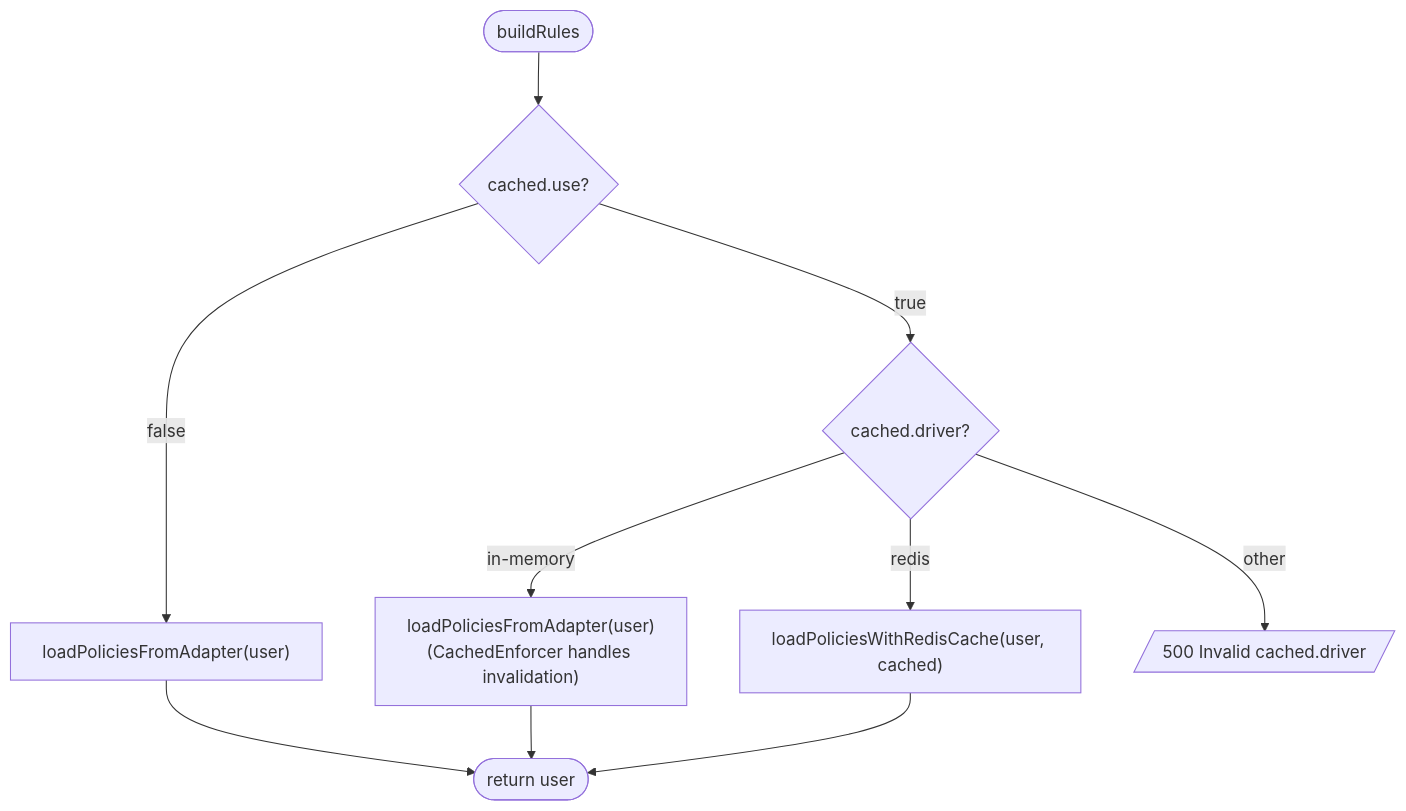
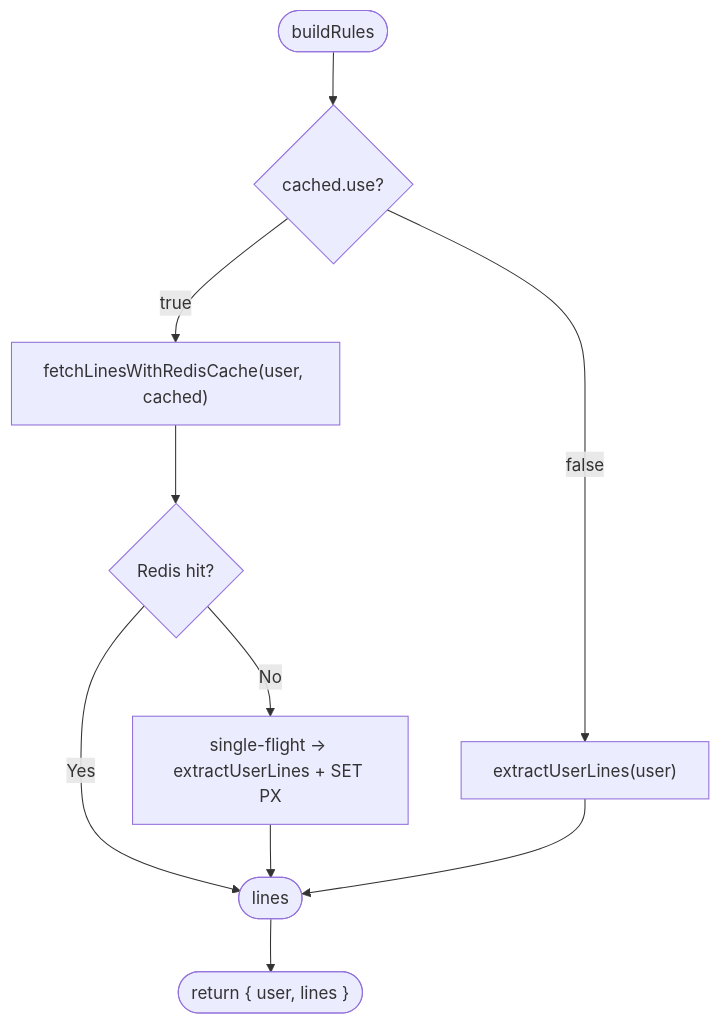
Before and after one commit to VENIZIA-AI/ignis: the fourth of 6 diagrams in packages/docs/wiki/extensions/components/authorization/api.md, drawn with Mermaid. The commit also changed other lines of this file and 62 other files, not shown here.

````diff
--- a/packages/docs/wiki/extensions/components/authorization/api.md
+++ b/packages/docs/wiki/extensions/components/authorization/api.md
@@ -617,12 +539,12 @@
 ```mermaid
 flowchart TD
     Start([buildRules]) --> Check{cached.use?}
-    Check -->|false| Direct["loadPoliciesFromAdapter(user)"]
-    Check -->|true| Driver{cached.driver?}
-    Driver -->|in-memory| InMem["loadPoliciesFromAdapter(user)<br/>(CachedEnforcer handles invalidation)"]
-    Driver -->|redis| Redis["loadPoliciesWithRedisCache(user, cached)"]
-    Driver -->|other| Error[/500 Invalid cached.driver/]
-    Direct --> Return([return user])
-    InMem --> Return
-    Redis --> Return
+    Check -->|false| Extract["extractUserLines(user)"]
+    Check -->|true| Redis["fetchLinesWithRedisCache(user, cached)"]
+    Redis --> Hit{Redis hit?}
+    Hit -->|Yes| Lines([lines])
+    Hit -->|No| SF["single-flight → extractUserLines + SET PX"]
+    SF --> Lines
+    Extract --> Lines
+    Lines --> Return(["return { user, lines }"])
 ```
````
